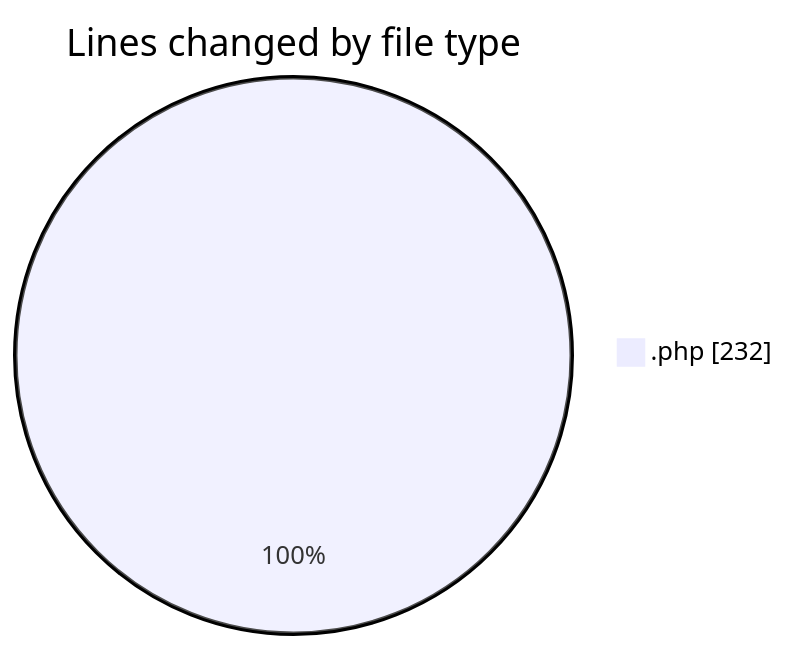
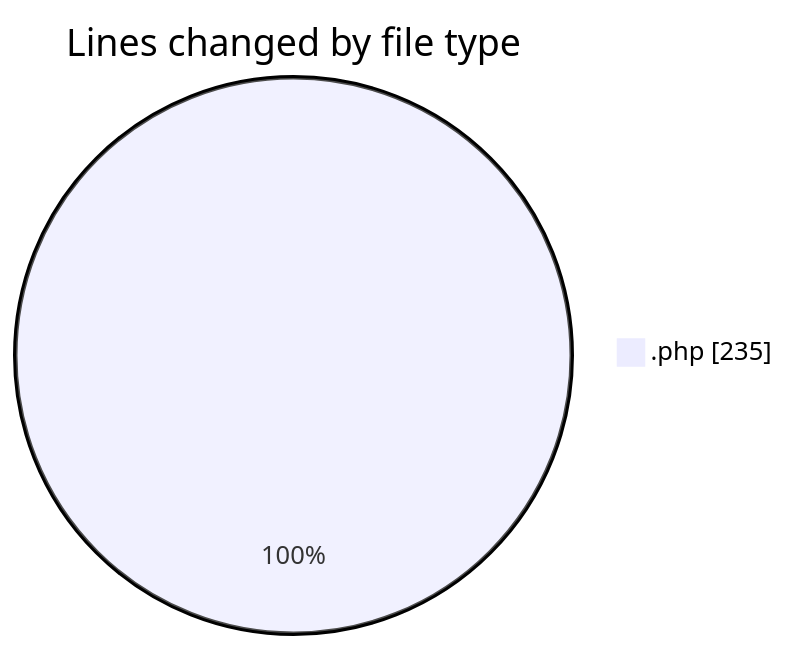
One commit to LanceThiago/code-tracking changed the first of 2 diagrams in 2025-04-22/web/README.md. Above: the diagram before and after it, drawn with Mermaid. The commit also changed other lines of this file and 1 other file, not shown here.

````diff
--- a/2025-04-22/web/README.md
+++ b/2025-04-22/web/README.md
@@ -22,5 +22,5 @@
 ```mermaid
 pie showData
 title Lines changed by file type
-".php" : 232
+".php" : 235
 ```
````
